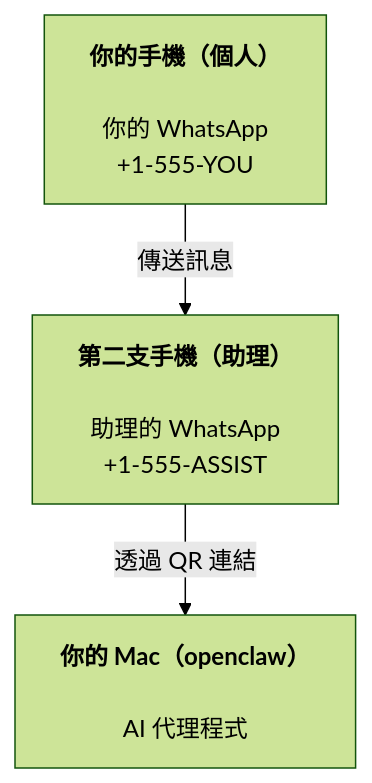
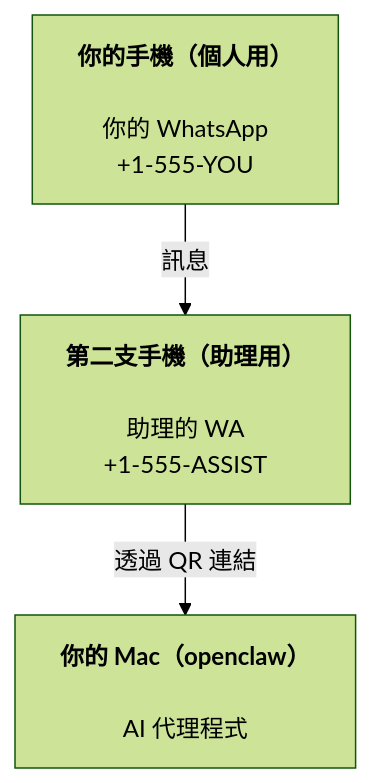
One commit to is0383kk/ai-docs-sync-workflow changed the diagram in openclaw-docs/zh-TW/start/openclaw.md. Above: the diagram before and after it, drawn with Mermaid (forest theme). The commit also changed other lines of this file and 11096 other files, not shown here.

````diff
--- a/openclaw-docs/zh-TW/start/openclaw.md
+++ b/openclaw-docs/zh-TW/start/openclaw.md
@@ -37,5 +37,5 @@
 ```mermaid
 flowchart TB
-    A["<b>你的手機（個人）<br></b><br>你的 WhatsApp<br>+1-555-YOU"] -- 傳送訊息 --> B["<b>第二支手機（助理）<br></b><br>助理的 WhatsApp<br>+1-555-ASSIST"]
+    A["<b>你的手機（個人用）<br></b><br>你的 WhatsApp<br>+1-555-YOU"] -- 訊息 --> B["<b>第二支手機（助理用）<br></b><br>助理的 WA<br>+1-555-ASSIST"]
     B -- 透過 QR 連結 --> C["<b>你的 Mac（openclaw）<br></b><br>AI 代理程式"]
 ```
````
